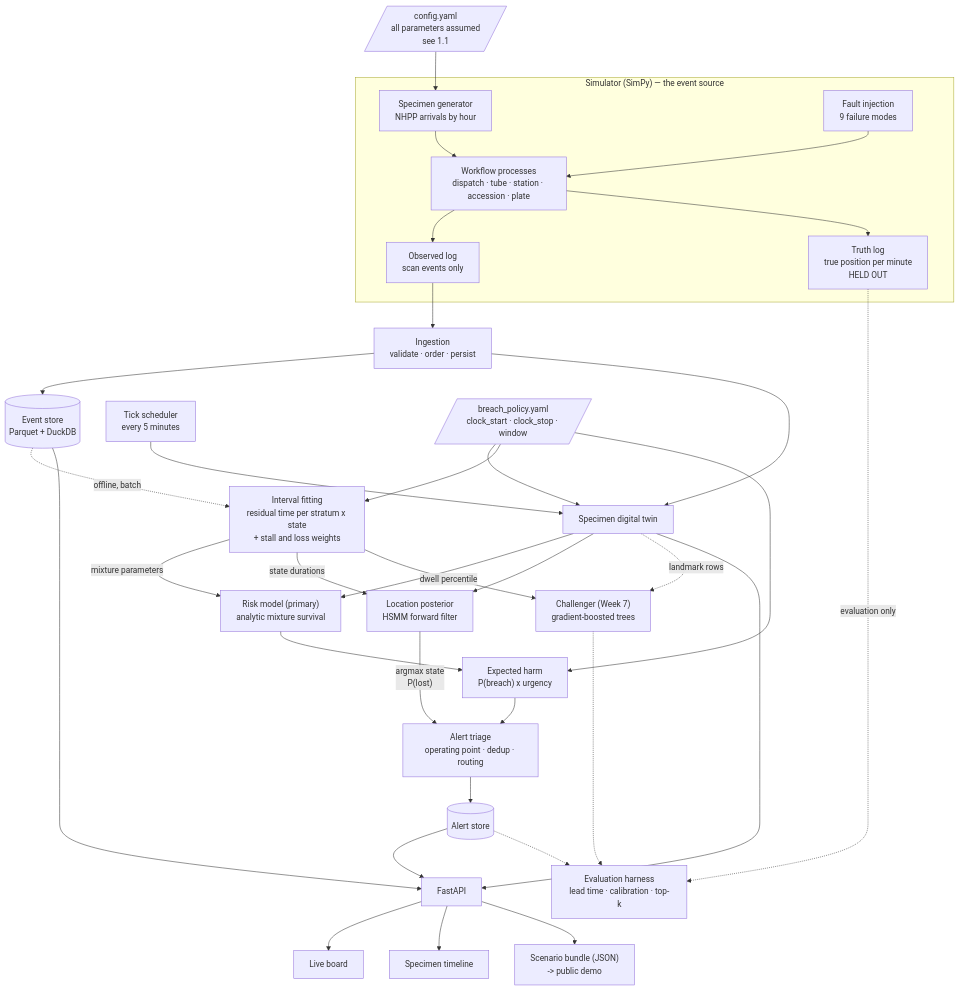
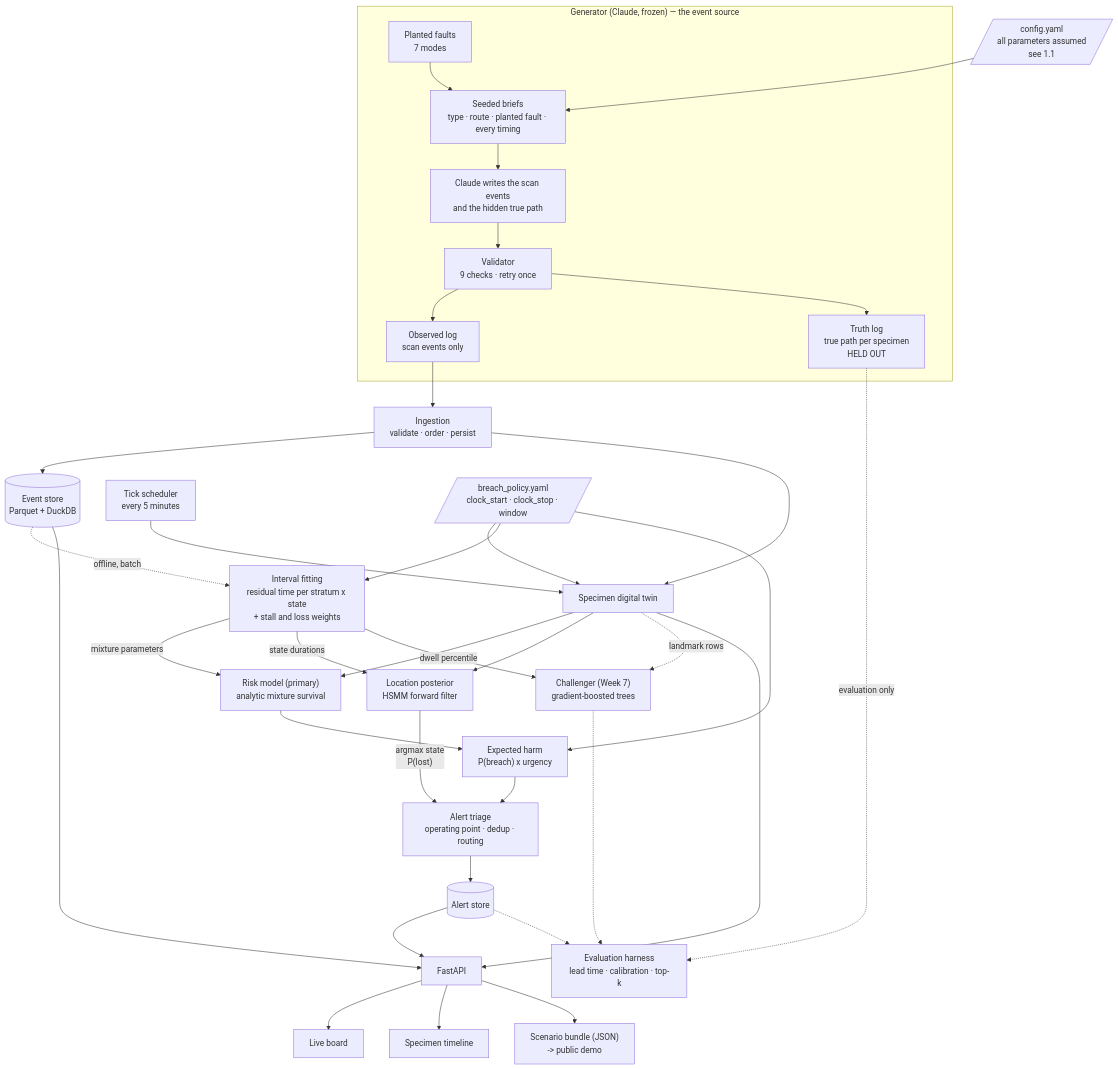
Before and after one commit to scalinity/Tracer: the diagram in docs/architecture.md, drawn with Mermaid. The commit also changed other lines of this file and 6 other files, not shown here.

````diff
--- a/docs/architecture.md
+++ b/docs/architecture.md
@@ -142,43 +150,44 @@
 ```mermaid
 flowchart TB
-    subgraph SIM["Simulator (SimPy) — the event source"]
-        GEN["Specimen generator<br/>NHPP arrivals by hour"] --> FLOW["Workflow processes<br/>dispatch · tube · station · accession · plate"]
-        FAULT["Fault injection<br/>9 failure modes"] --> FLOW
-        FLOW --> OBS["Observed log<br/>scan events only"]
-        FLOW --> TRUTH["Truth log<br/>true position per minute<br/>HELD OUT"]
+    subgraph GENR["Generator (Claude, frozen) — the event source"]
+        GEN["Seeded briefs<br/>type · route · planted fault · every timing"] --> CL["Claude writes the scan events<br/>and the hidden true path"]
+        FAULT["Planted faults<br/>7 modes"] --> GEN
+        CL --> VAL["Validator<br/>9 checks · retry once"]
+        VAL --> OBS["Observed log<br/>scan events only"]
+        VAL --> TRUTH["Truth log<br/>true path per specimen<br/>HELD OUT"]
     end
 
     OBS --> ING["Ingestion<br/>validate · order · persist"]
     ING --> STORE[("Event store<br/>Parquet + DuckDB")]
     ING --> TWIN["Specimen digital twin"]
     TICK["Tick scheduler<br/>every 5 minutes"] --> TWIN
     POLICY[/"breach_policy.yaml<br/>clock_start · clock_stop · window"/] --> TWIN
     POLICY --> FIT
     POLICY --> HARM
 
     STORE -.->|"offline, batch"| FIT["Interval fitting<br/>residual time per stratum x state<br/>+ stall and loss weights"]
     FIT -->|"mixture parameters"| RISK
     FIT -->|"state durations"| LOC
     FIT -->|"dwell percentile"| CH
     ASSUME[/"config.yaml<br/>all parameters assumed<br/>see 1.1"/] --> GEN
 
     TWIN --> RISK["Risk model (primary)<br/>analytic mixture survival"]
     TWIN --> LOC["Location posterior<br/>HSMM forward filter"]
     TWIN -.->|"landmark rows"| CH["Challenger (Week 7)<br/>gradient-boosted trees"]
 
     RISK --> HARM["Expected harm<br/>P(breach) x urgency"]
     LOC -->|"argmax state<br/>P(lost)"| TRIAGE
     HARM --> TRIAGE["Alert triage<br/>operating point · dedup · routing"]
     TRIAGE --> ALERTS[("Alert store")]
 
     TWIN --> API["FastAPI"]
     ALERTS --> API
     STORE --> API
     API --> BOARD["Live board"]
     API --> TIMELINE["Specimen timeline"]
     API --> BUNDLE["Scenario bundle (JSON)<br/>-> public demo"]
 
     TRUTH -.->|"evaluation only"| EVAL["Evaluation harness<br/>lead time · calibration · top-k"]
     ALERTS -.-> EVAL
     CH -.-> EVAL
 ```
````
